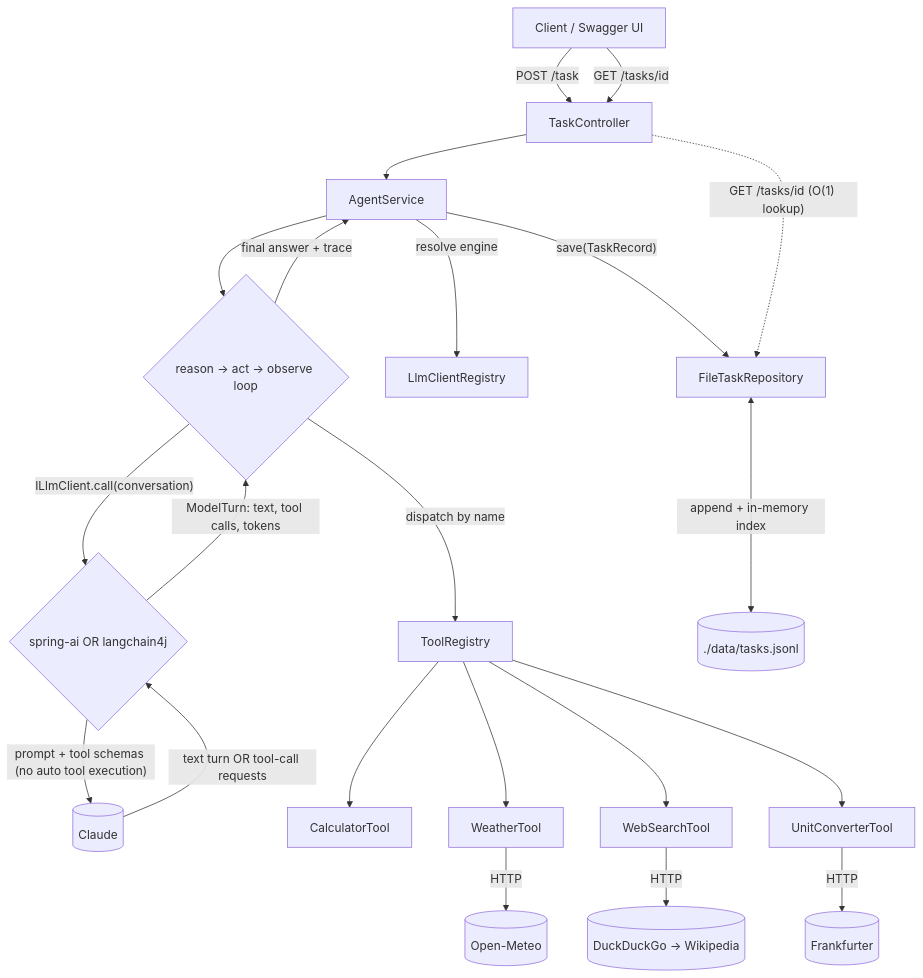
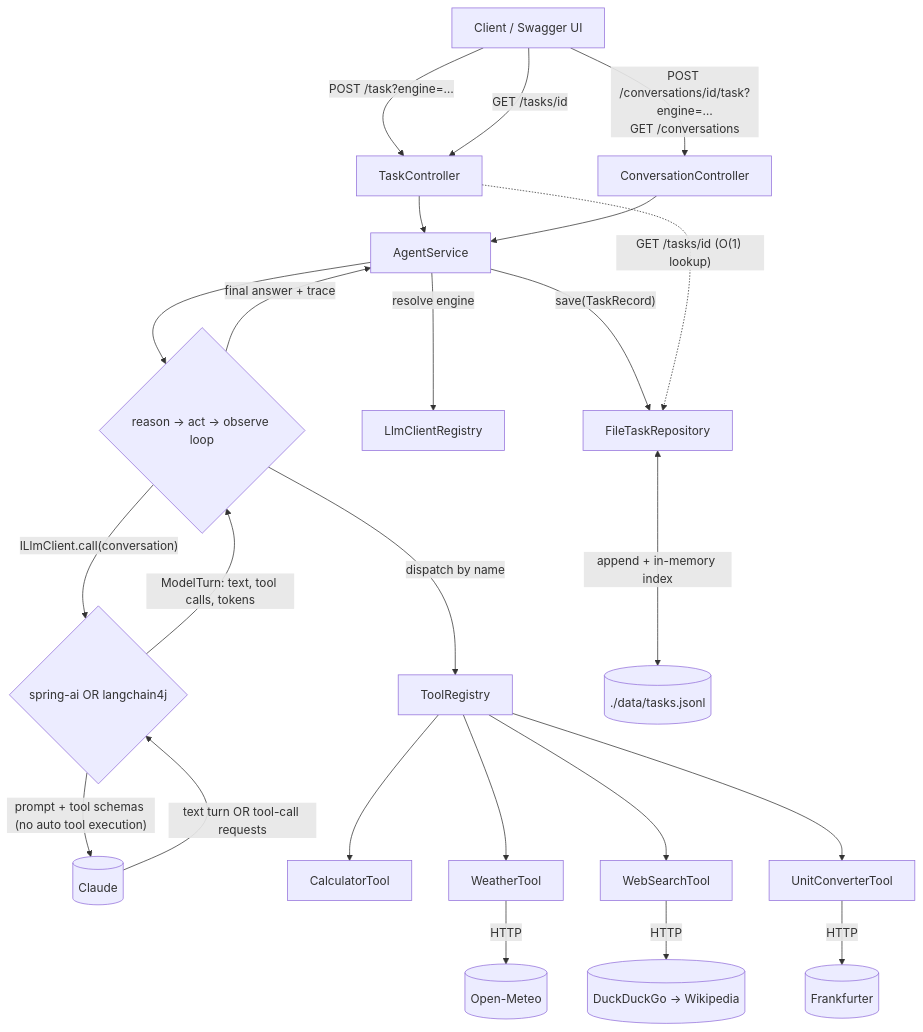
Before and after one commit to akadoorie/Multi_Tool_Agent: the diagram in README.md, drawn with Mermaid. The commit also changed other lines of this file and 1 other file, not shown here.

````diff
--- a/README.md
+++ b/README.md
@@ -77,24 +79,26 @@
 ```mermaid
 flowchart TD
-    Client["Client / Swagger UI"] -->|POST /task| Controller[TaskController]
+    Client["Client / Swagger UI"] -->|"POST /task?engine=…"| Controller[TaskController]
     Client -->|GET /tasks/id| Controller
+    Client -->|"POST /conversations/id/task?engine=…<br/>GET /conversations"| ConvController[ConversationController]
     Controller --> Service[AgentService]
+    ConvController --> Service
     Service --> Loop{"reason → act → observe loop"}
     Service -->|"resolve engine"| Clients[LlmClientRegistry]
     Loop -->|"ILlmClient.call(conversation)"| Engine{"spring-ai OR langchain4j"}
     Engine -->|"prompt + tool schemas (no auto tool execution)"| Claude[("Claude")]
     Claude -->|"text turn OR tool-call requests"| Engine
     Engine -->|"ModelTurn: text, tool calls, tokens"| Loop
     Loop -->|"dispatch by name"| Registry[ToolRegistry]
     Registry --> Calc[CalculatorTool]
     Registry --> Weather[WeatherTool]
     Registry --> Search[WebSearchTool]
     Registry --> Convert[UnitConverterTool]
     Weather -->|HTTP| OpenMeteo[("Open-Meteo")]
     Search -->|HTTP| DDG[("DuckDuckGo → Wikipedia")]
     Convert -->|HTTP| Frank[("Frankfurter")]
     Loop -->|"final answer + trace"| Service
     Service -->|"save(TaskRecord)"| Repo[FileTaskRepository]
     Repo <-->|"append + in-memory index"| JSONL[("./data/tasks.jsonl")]
     Controller -.->|"GET /tasks/id (O(1) lookup)"| Repo
 ```
````
